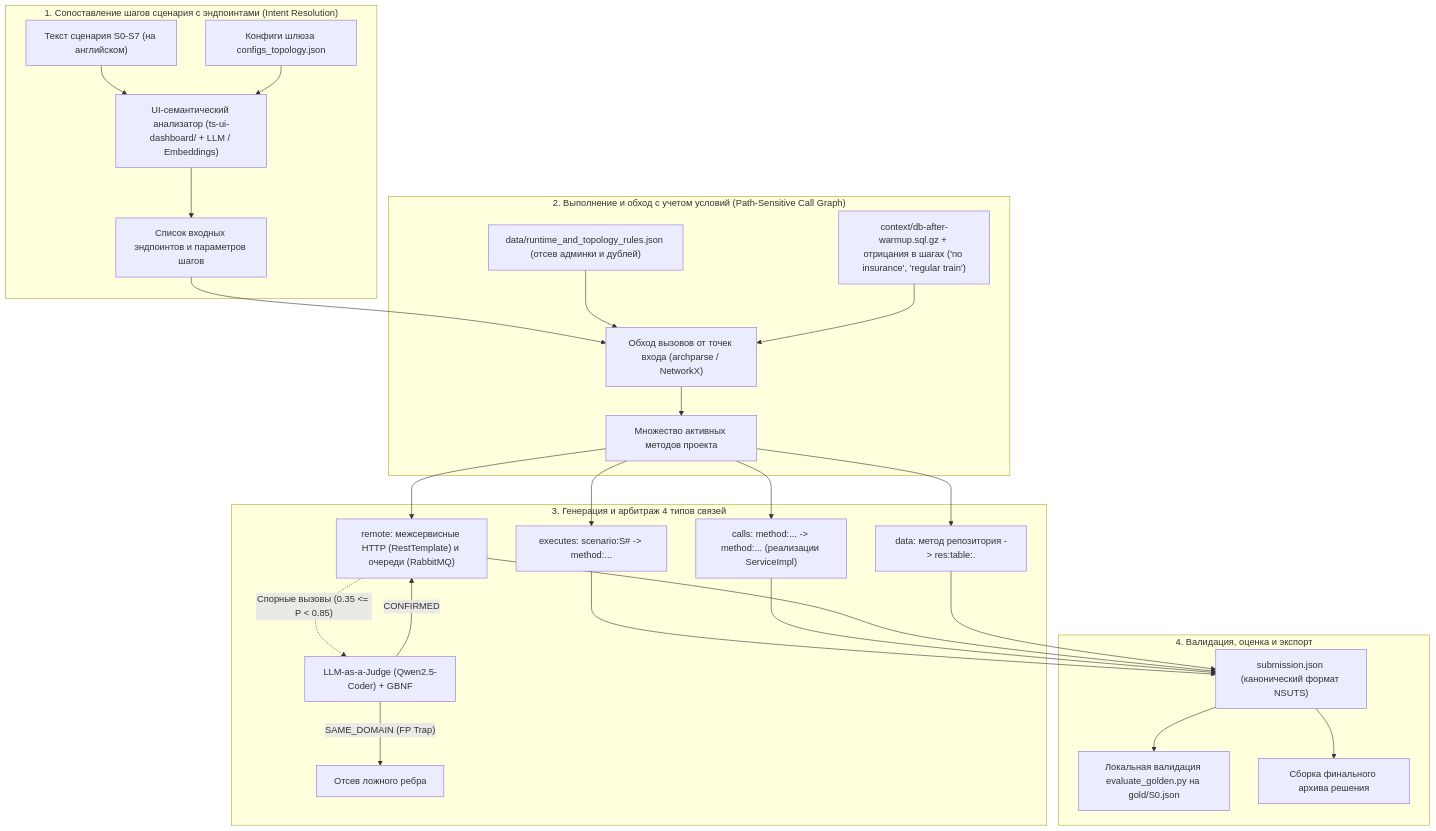
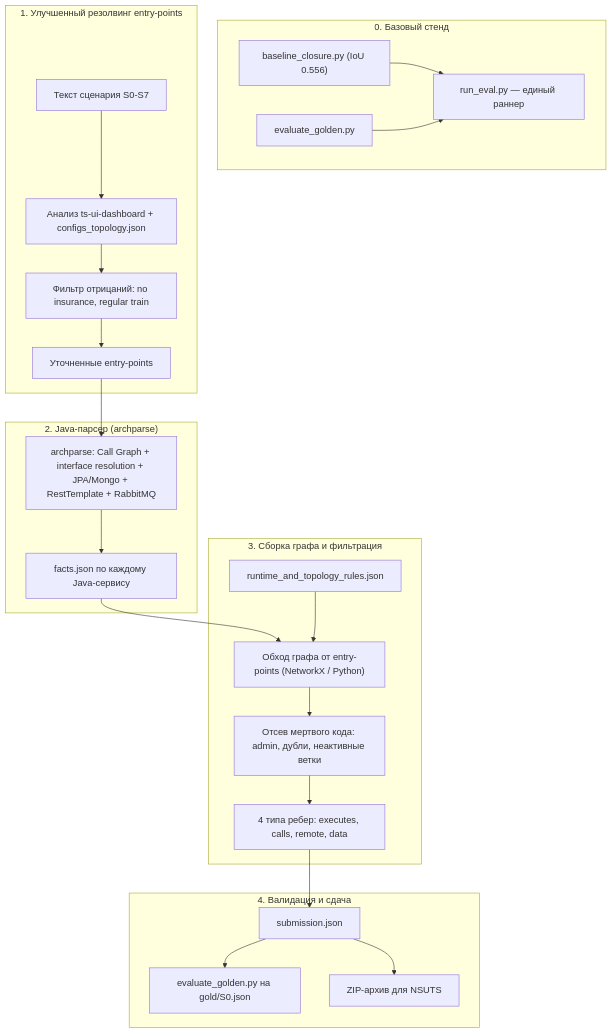
The diagram in docs/roadmap.md (teamv39/archonity), drawn with Mermaid before and after one commit. The commit also changed other lines of this file, not shown here.

Commit message:
docs: переработать roadmap v2 под реальное состояние проекта

````diff
--- a/docs/roadmap.md
+++ b/docs/roadmap.md
@@ -38,32 +68,31 @@
 ```mermaid
 flowchart TD
-    subgraph S1["1. Сопоставление шагов сценария с эндпоинтами (Intent Resolution)"]
-        SCEN["Текст сценария S0-S7 (на английском)"] --> UI_MAP["UI-семантический анализатор (ts-ui-dashboard/ + LLM / Embeddings)"]
-        CFG["Конфиги шлюза configs_topology.json"] --> UI_MAP
-        UI_MAP --> ENTRY_POINTS["Список входных эндпоинтов и параметров шагов"]
+    subgraph S0["0. Базовый стенд"]
+        CLOSURE["baseline_closure.py (IoU 0.556)"] --> RUNNER["run_eval.py — единый раннер"]
+        EVAL["evaluate_golden.py"] --> RUNNER
     end
 
-    subgraph S2["2. Выполнение и обход с учетом условий (Path-Sensitive Call Graph)"]
-        ENTRY_POINTS --> REACH["Обход вызовов от точек входа (archparse / NetworkX)"]
-        RULES["data/runtime_and_topology_rules.json (отсев админки и дублей)"] --> REACH
-        CTX["context/db-after-warmup.sql.gz + отрицания в шагах ('no insurance', 'regular train')"] --> REACH
-        REACH --> ACTIVE_METHODS["Множество активных методов проекта"]
+    subgraph S1["1. Улучшенный резолвинг entry-points"]
+        SCEN["Текст сценария S0-S7"] --> UI_MAP["Анализ ts-ui-dashboard + configs_topology.json"]
+        UI_MAP --> NEG["Фильтр отрицаний: no insurance, regular train"]
+        NEG --> ENTRIES["Уточненные entry-points"]
     end
 
-    subgraph S3["3. Генерация и арбитраж 4 типов связей"]
-        ACTIVE_METHODS --> EX["executes: scenario:S# -> method:..."]
-        ACTIVE_METHODS --> CA["calls: method:... -> method:... (реализации ServiceImpl)"]
-        ACTIVE_METHODS --> RE["remote: межсервисные HTTP (RestTemplate) и очереди (RabbitMQ)"]
-        ACTIVE_METHODS --> DA["data: метод репозитория -> res:table:<service>.<table_name>"]
-        
-        RE -.->|"Спорные вызовы (0.35 <= P < 0.85)"| ARB["LLM-as-a-Judge (Qwen2.5-Coder) + GBNF"]
-        ARB -->|"CONFIRMED"| RE
-        ARB -->|"SAME_DOMAIN (FP Trap)"| DROP["Отсев ложного ребра"]
+    subgraph S2["2. Java-парсер (archparse)"]
+        ENTRIES --> PARSER["archparse: Call Graph + interface resolution + JPA/Mongo + RestTemplate + RabbitMQ"]
+        PARSER --> FACTS["facts.json по каждому Java-сервису"]
     end
 
-    subgraph S4["4. Валидация, оценка и экспорт"]
-        EX & CA & RE & DA --> SUB["submission.json (канонический формат NSUTS)"]
-        SUB --> EVAL["Локальная валидация evaluate_golden.py на gold/S0.json"]
-        SUB --> ZIP["Сборка финального архива решения"]
+    subgraph S3["3. Сборка графа и фильтрация"]
+        FACTS --> ENGINE["Обход графа от entry-points (NetworkX / Python)"]
+        RULES["runtime_and_topology_rules.json"] --> ENGINE
+        ENGINE --> FILTER["Отсев мертвого кода: admin, дубли, неактивные ветки"]
+        FILTER --> EDGES["4 типа ребер: executes, calls, remote, data"]
+    end
+
+    subgraph S4["4. Валидация и сдача"]
+        EDGES --> SUB["submission.json"]
+        SUB --> EVAL2["evaluate_golden.py на gold/S0.json"]
+        SUB --> ZIP["ZIP-архив для NSUTS"]
     end
 ```
````
